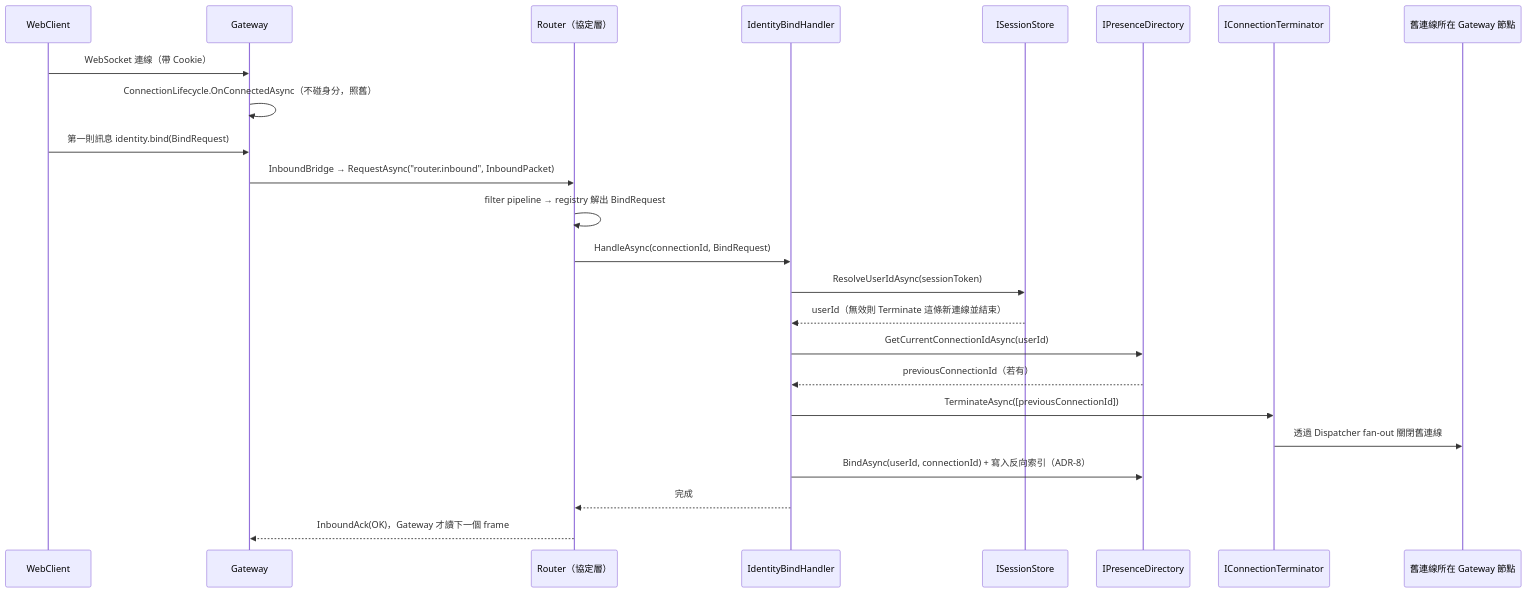
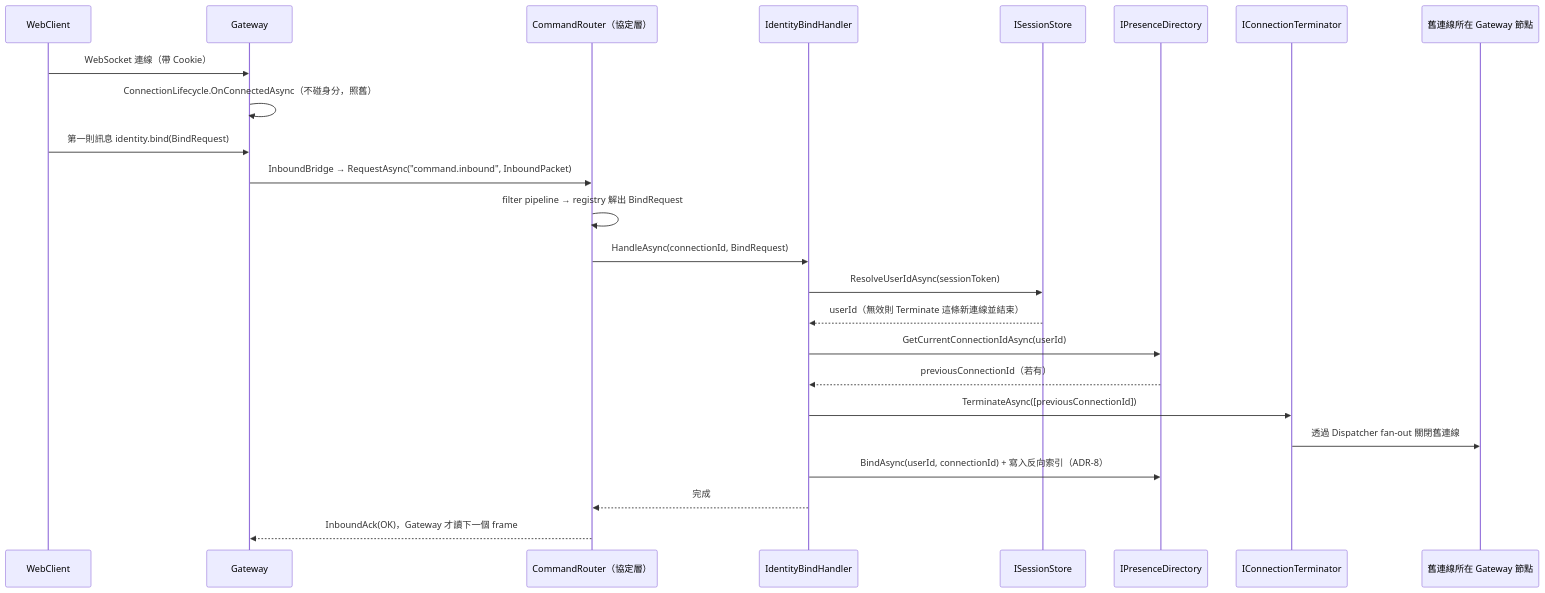
One commit to yggdrasill-dev/ChatSystem changed the third of 3 diagrams in docs/architecture/identity-layer.md. Above: the diagram before and after it, drawn with Mermaid. The commit also changed other lines of this file and 1 other file, not shown here.

First line of the commit message:
docs(protocol-layer): 協定層服務定名 CommandRouter，subject 前綴改 command.inbound

````diff
--- a/docs/architecture/identity-layer.md
+++ b/docs/architecture/identity-layer.md
@@ -112,27 +112,27 @@
 ```mermaid
 sequenceDiagram
     participant WC as WebClient
     participant GW as Gateway
-    participant RT as Router（協定層）
+    participant RT as CommandRouter（協定層）
     participant IB as IdentityBindHandler
     participant SS as ISessionStore
     participant PD as IPresenceDirectory
     participant CT as IConnectionTerminator
     participant OldGW as 舊連線所在 Gateway 節點
 
     WC->>GW: WebSocket 連線（帶 Cookie）
     GW->>GW: ConnectionLifecycle.OnConnectedAsync（不碰身分，照舊）
     WC->>GW: 第一則訊息 identity.bind(BindRequest)
-    GW->>RT: InboundBridge → RequestAsync("router.inbound", InboundPacket)
+    GW->>RT: InboundBridge → RequestAsync("command.inbound", InboundPacket)
     RT->>RT: filter pipeline → registry 解出 BindRequest
     RT->>IB: HandleAsync(connectionId, BindRequest)
     IB->>SS: ResolveUserIdAsync(sessionToken)
     SS-->>IB: userId（無效則 Terminate 這條新連線並結束）
     IB->>PD: GetCurrentConnectionIdAsync(userId)
     PD-->>IB: previousConnectionId（若有）
     IB->>CT: TerminateAsync([previousConnectionId])
     CT->>OldGW: 透過 Dispatcher fan-out 關閉舊連線
     IB->>PD: BindAsync(userId, connectionId) + 寫入反向索引（ADR-8）
     IB-->>RT: 完成
     RT-->>GW: InboundAck(OK)，Gateway 才讀下一個 frame
 ```
````
